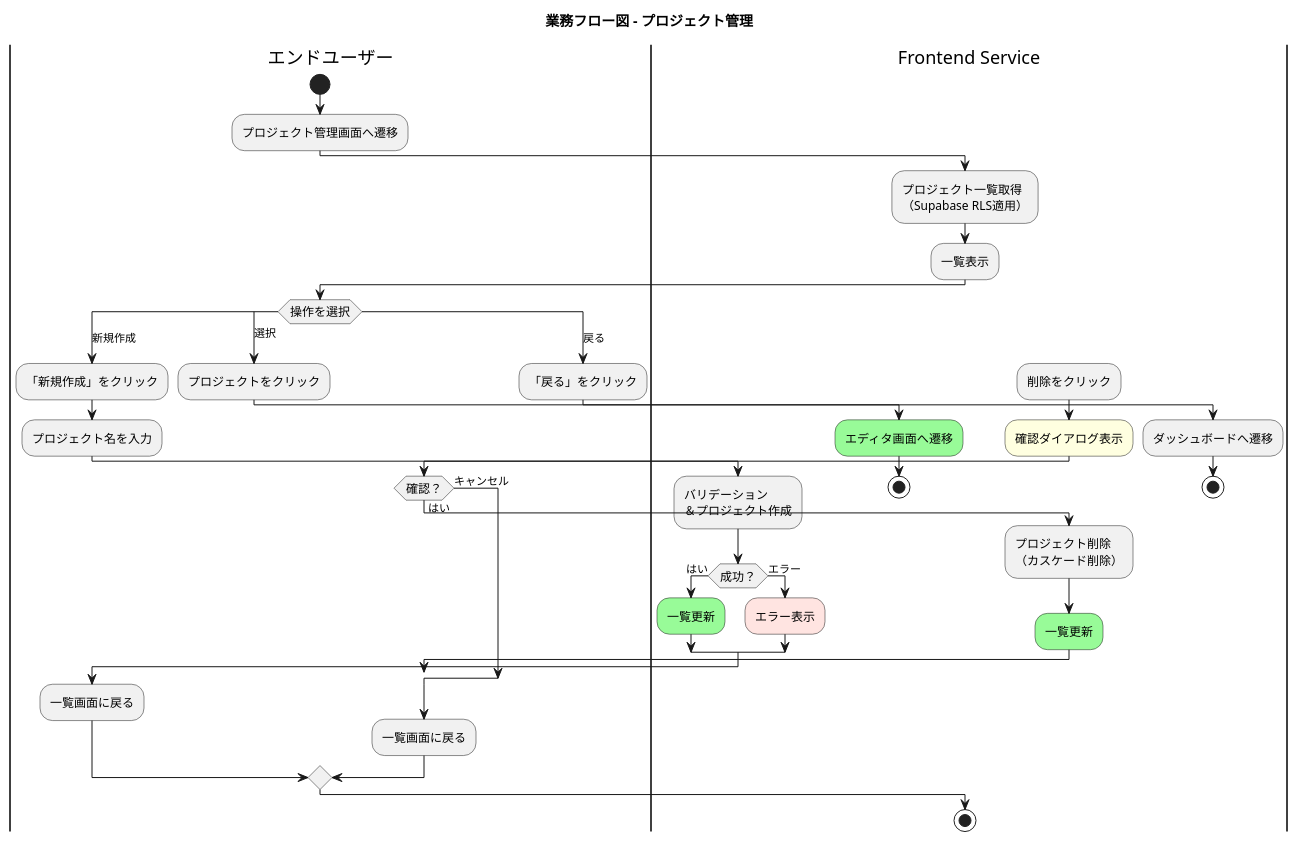
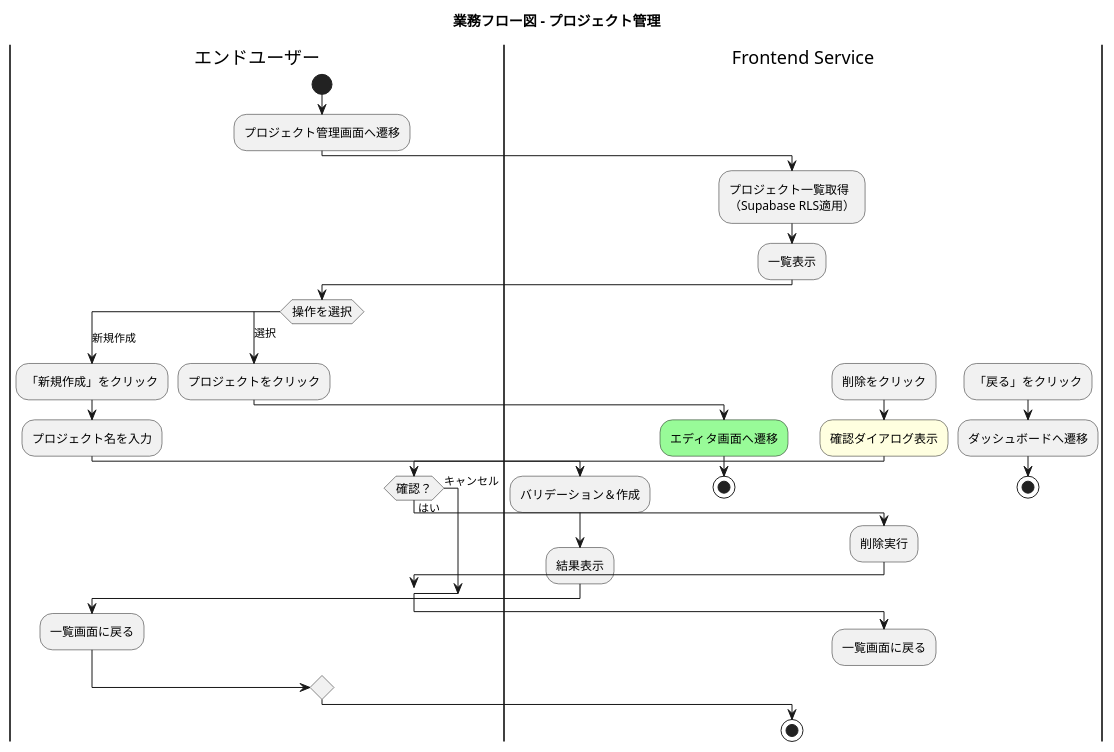
Before and after one commit to yoshiwo3/PlantUML2_Opus4.5: the fifth of 5 diagrams in docs/proposals/PlantUML_Studio_業務フロー図_20251201.md, drawn with PlantUML.

Commit message:
fix(3.5): if分岐内のスイムレーン変更による孤立線を修正
- 新規作成: if/else削除、線形フローに変更
- 削除: endif後のスイムレーン変更を削除

🤖 Generated with [Claude Code](https://claude.com/claude-code)

````diff
--- a/docs/proposals/PlantUML_Studio_業務フロー図_20251201.md
+++ b/docs/proposals/PlantUML_Studio_業務フロー図_20251201.md
@@ -590,63 +590,57 @@
 ```plantuml
 @startuml business_flow_project_management
 skinparam ConditionEndStyle hline
 skinparam ActivityFontSize 12
 
 title 業務フロー図 - プロジェクト管理
 
 |エンドユーザー|
 start
 :プロジェクト管理画面へ遷移;
 
 |Frontend Service|
 :プロジェクト一覧取得\n（Supabase RLS適用）;
 :一覧表示;
 
 |エンドユーザー|
 switch (操作を選択)
 
 case (新規作成)
   :「新規作成」をクリック;
   :プロジェクト名を入力;
   |Frontend Service|
-  :バリデーション\n＆プロジェクト作成;
-  if (成功？) then (はい)
-    #palegreen:一覧更新;
-  else (エラー)
-    #mistyrose:エラー表示;
-  endif
+  :バリデーション＆作成;
+  :結果表示;
   |エンドユーザー|
   :一覧画面に戻る;
 
 case (選択)
   :プロジェクトをクリック;
   |Frontend Service|
   #palegreen:エディタ画面へ遷移;
   stop
 
 case (削除)
   :削除をクリック;
   |Frontend Service|
   #lightyellow:確認ダイアログ表示;
   |エンドユーザー|
   if (確認？) then (はい)
     |Frontend Service|
-    :プロジェクト削除\n（カスケード削除）;
-    #palegreen:一覧更新;
+    :削除実行;
   else (キャンセル)
   endif
-  |エンドユーザー|
   :一覧画面に戻る;
 
 case (戻る)
   :「戻る」をクリック;
   |Frontend Service|
   :ダッシュボードへ遷移;
   stop
 
 endswitch
 
 stop
 
 @enduml
 ```
````
